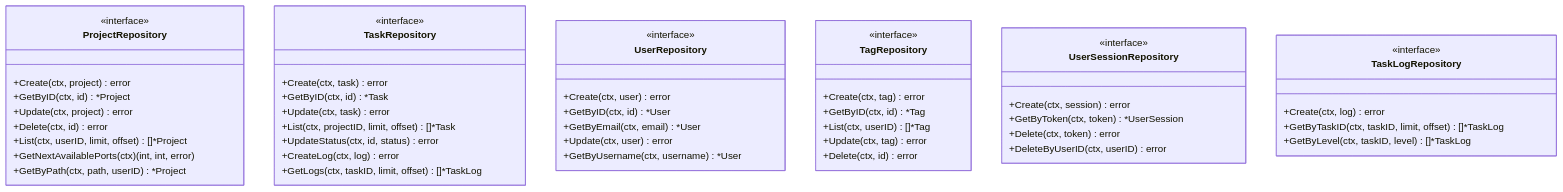
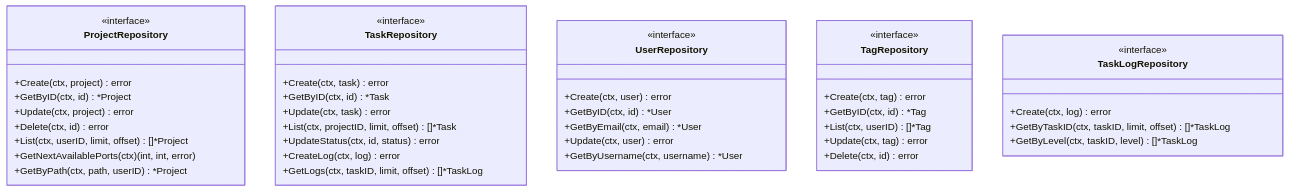
Before and after one commit to lighthought/app-maker: the third of 9 diagrams in backend/architect/ARCHITECTURE.md, drawn with Mermaid. The commit also changed other lines of this file and 19 other files, not shown here.

Commit message:
[fix] 1. 重新实现表ID，用序列的方式实现； 2. 删除 user_session 相关的逻辑； 3. 新建的项目现在保存在 /app/data/projects/{user_id}/{project_id} 下； 4. 删除项目时，打包的过程改成异步处理，避免阻塞接口； 5. project-dev-setup.sh 脚本，现在能跑到前后端编译成功； 6. 后端镜像中安装 go，让后台容器能够编译新项目的后台； 7. 解决任务的路由和原来项目的路由冲突的问题；

````diff
--- a/backend/architect/ARCHITECTURE.md
+++ b/backend/architect/ARCHITECTURE.md
@@ -184,57 +175,49 @@
 ```mermaid
 classDiagram
     class ProjectRepository {
         <<interface>>
         +Create(ctx, project) error
         +GetByID(ctx, id) *Project
         +Update(ctx, project) error
         +Delete(ctx, id) error
         +List(ctx, userID, limit, offset) []*Project
         +GetNextAvailablePorts(ctx) (int, int, error)
         +GetByPath(ctx, path, userID) *Project
     }
 
     class TaskRepository {
         <<interface>>
         +Create(ctx, task) error
         +GetByID(ctx, id) *Task
         +Update(ctx, task) error
         +List(ctx, projectID, limit, offset) []*Task
         +UpdateStatus(ctx, id, status) error
         +CreateLog(ctx, log) error
         +GetLogs(ctx, taskID, limit, offset) []*TaskLog
     }
 
     class UserRepository {
         <<interface>>
         +Create(ctx, user) error
         +GetByID(ctx, id) *User
         +GetByEmail(ctx, email) *User
         +Update(ctx, user) error
         +GetByUsername(ctx, username) *User
     }
 
     class TagRepository {
         <<interface>>
         +Create(ctx, tag) error
         +GetByID(ctx, id) *Tag
         +List(ctx, userID) []*Tag
         +Update(ctx, tag) error
         +Delete(ctx, id) error
     }
 
-    class UserSessionRepository {
-        <<interface>>
-        +Create(ctx, session) error
-        +GetByToken(ctx, token) *UserSession
-        +Delete(ctx, token) error
-        +DeleteByUserID(ctx, userID) error
-    }
-
     class TaskLogRepository {
         <<interface>>
         +Create(ctx, log) error
         +GetByTaskID(ctx, taskID, limit, offset) []*TaskLog
         +GetByLevel(ctx, taskID, level) []*TaskLog
     }
 ```
````
